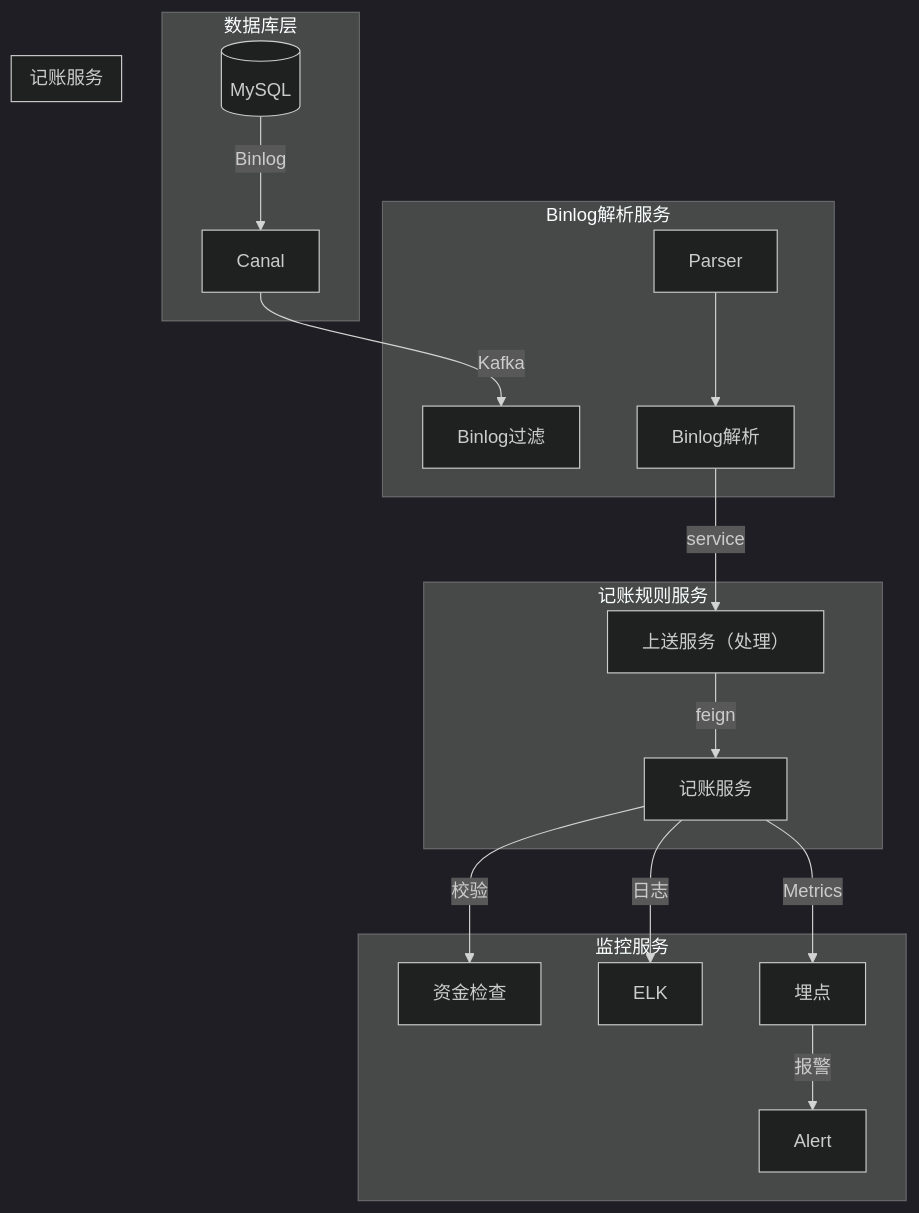
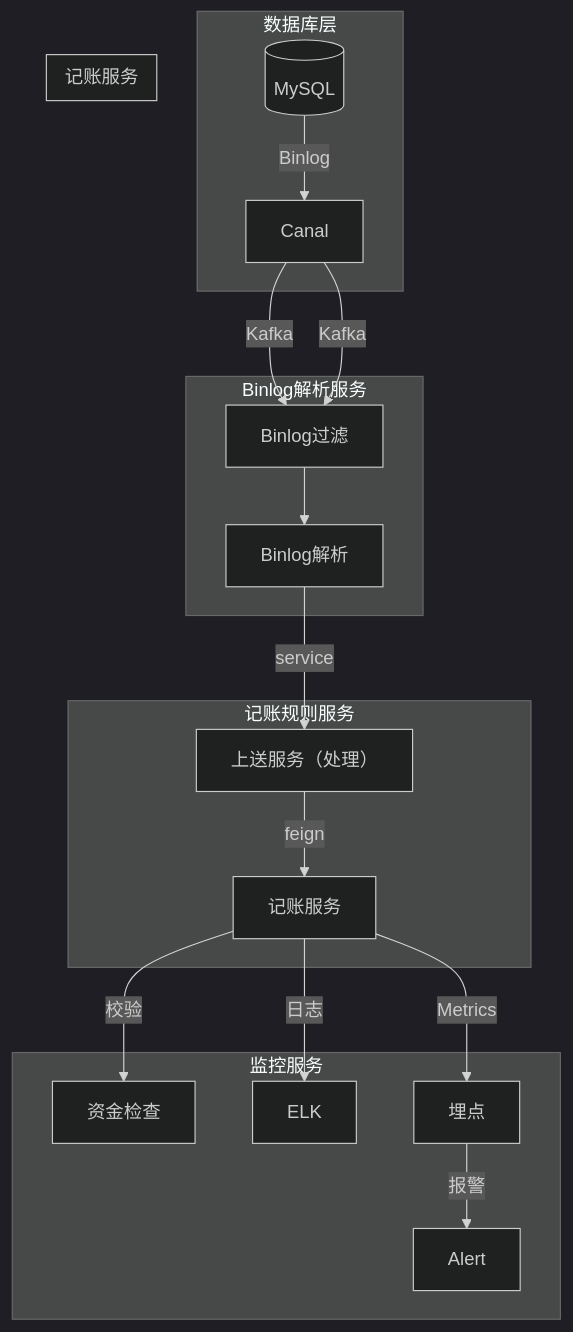
One commit to 87828943/iodraw-files changed the diagram in all/记账架构图.md. Above: the diagram before and after it, drawn with Mermaid (dark theme).

Commit message:
2025-07-07 14:43:32 update

````diff
--- a/all/记账架构图.md
+++ b/all/记账架构图.md
@@ -1,23 +1,24 @@
 ```mermaid
 graph TB
     subgraph 数据库层
         DB[(MySQL)] -->|Binlog| Canal
     end
     subgraph Binlog解析服务
         Canal -->|Kafka| Parser1[Binlog过滤]
-        Parser --> Parser2[Binlog解析]
+        Canal -->|Kafka| Parser1[Binlog过滤]
+        Parser1 --> Parser2[Binlog解析]
     end
     subgraph 记账规则服务
         Parser2 -->|service| Engine[上送服务（处理）]
         Engine -->|feign| Accounting[记账服务]
     end
     subgraph 记账服务
        
     end
     subgraph 监控服务
         Accounting --> |校验| 资金检查
         Accounting -->|日志| ELK
         Accounting -->|Metrics| 埋点
         埋点 -->|报警| Alert
     end
 ```
````
